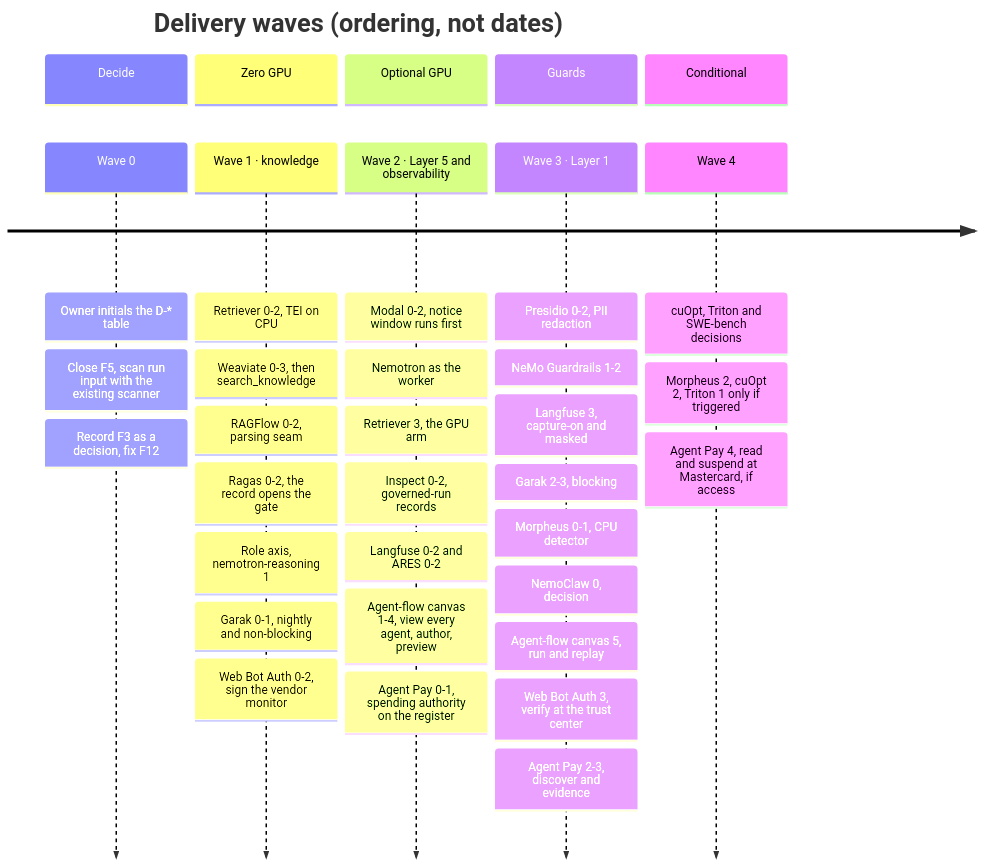
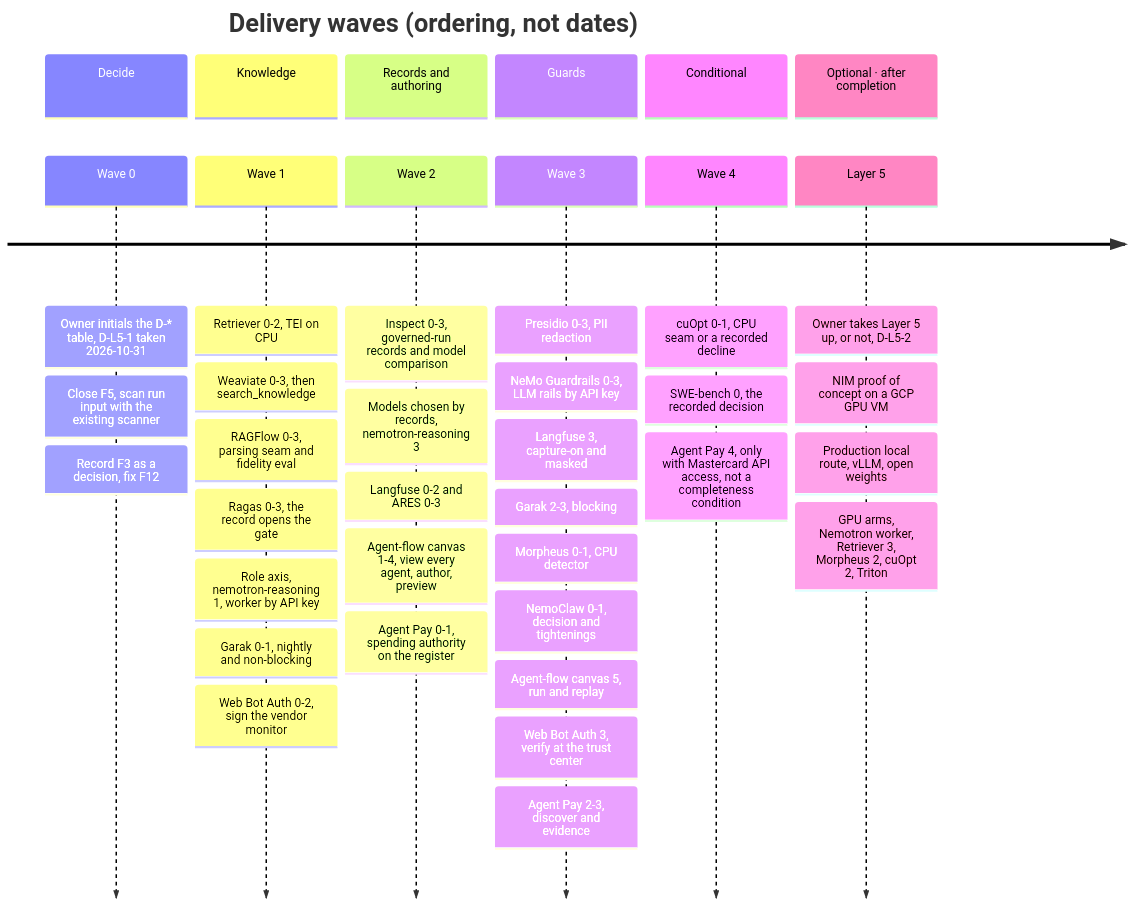
The third of 5 diagrams in docs/ai-architecture-roadmap.md (RodnaPamet/inflect-compliance), drawn with Mermaid before and after one commit. The commit also changed other lines of this file and 21 other files, not shown here.

First line of the commit message:
docs(ai-architecture): the roadmap is complete without Layer 5; models through API keys

````diff
--- a/docs/ai-architecture-roadmap.md
+++ b/docs/ai-architecture-roadmap.md
@@ -449,38 +526,41 @@
 ```mermaid
 timeline
   title Delivery waves (ordering, not dates)
   section Decide
-    Wave 0 : Owner initials the D-* table
+    Wave 0 : Owner initials the D-* table, D-L5-1 taken 2026-10-31
            : Close F5, scan run input with the existing scanner
            : Record F3 as a decision, fix F12
-  section Zero GPU
-    Wave 1 · knowledge : Retriever 0-2, TEI on CPU
-                       : Weaviate 0-3, then search_knowledge
-                       : RAGFlow 0-2, parsing seam
-                       : Ragas 0-2, the record opens the gate
-                       : Role axis, nemotron-reasoning 1
-                       : Garak 0-1, nightly and non-blocking
-                       : Web Bot Auth 0-2, sign the vendor monitor
-  section Optional GPU
-    Wave 2 · Layer 5 and observability : Modal 0-2, notice window runs first
-                                       : Nemotron as the worker
-                                       : Retriever 3, the GPU arm
-                                       : Inspect 0-2, governed-run records
-                                       : Langfuse 0-2 and ARES 0-2
-                                       : Agent-flow canvas 1-4, view every agent, author, preview
-                                       : Agent Pay 0-1, spending authority on the register
+  section Knowledge
+    Wave 1 : Retriever 0-2, TEI on CPU
+           : Weaviate 0-3, then search_knowledge
+           : RAGFlow 0-3, parsing seam and fidelity eval
+           : Ragas 0-3, the record opens the gate
+           : Role axis, nemotron-reasoning 1, worker by API key
+           : Garak 0-1, nightly and non-blocking
+           : Web Bot Auth 0-2, sign the vendor monitor
+  section Records and authoring
+    Wave 2 : Inspect 0-3, governed-run records and model comparison
+           : Models chosen by records, nemotron-reasoning 3
+           : Langfuse 0-2 and ARES 0-3
+           : Agent-flow canvas 1-4, view every agent, author, preview
+           : Agent Pay 0-1, spending authority on the register
   section Guards
-    Wave 3 · Layer 1 : Presidio 0-2, PII redaction
-                     : NeMo Guardrails 1-2
-                     : Langfuse 3, capture-on and masked
-                     : Garak 2-3, blocking
-                     : Morpheus 0-1, CPU detector
-                     : NemoClaw 0, decision
-                     : Agent-flow canvas 5, run and replay
-                     : Web Bot Auth 3, verify at the trust center
-                     : Agent Pay 2-3, discover and evidence
+    Wave 3 : Presidio 0-3, PII redaction
+           : NeMo Guardrails 0-3, LLM rails by API key
+           : Langfuse 3, capture-on and masked
+           : Garak 2-3, blocking
+           : Morpheus 0-1, CPU detector
+           : NemoClaw 0-1, decision and tightenings
+           : Agent-flow canvas 5, run and replay
+           : Web Bot Auth 3, verify at the trust center
+           : Agent Pay 2-3, discover and evidence
   section Conditional
-    Wave 4 : cuOpt, Triton and SWE-bench decisions
-           : Morpheus 2, cuOpt 2, Triton 1 only if triggered
-           : Agent Pay 4, read and suspend at Mastercard, if access
+    Wave 4 : cuOpt 0-1, CPU seam or a recorded decline
+           : SWE-bench 0, the recorded decision
+           : Agent Pay 4, only with Mastercard API access, not a completeness condition
+  section Optional · after completion
+    Layer 5 : Owner takes Layer 5 up, or not, D-L5-2
+            : NIM proof of concept on a GCP GPU VM
+            : Production local route, vLLM, open weights
+            : GPU arms, Nemotron worker, Retriever 3, Morpheus 2, cuOpt 2, Triton
 ```
````
